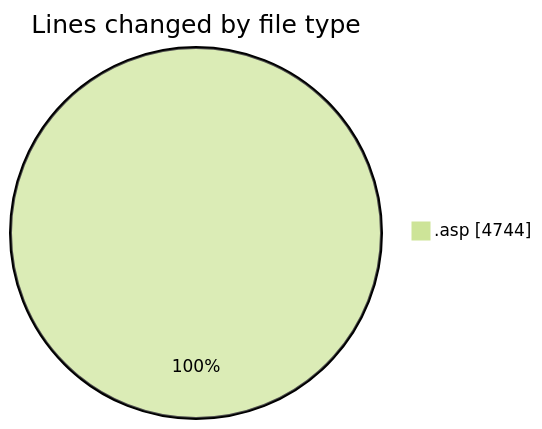
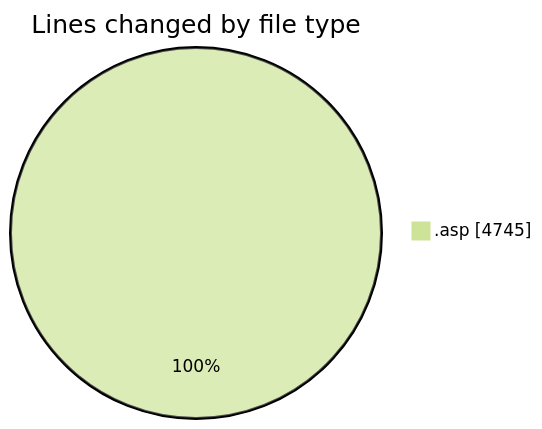
One commit to julien-gomy/code-tracking changed the first of 2 diagrams in 2025-11-15/cdp_aleoudev_fr__workspace_/README.md. Above: the diagram before and after it, drawn with Mermaid (forest theme). The commit also changed other lines of this file and 1 other file, not shown here.

````diff
--- a/2025-11-15/cdp_aleoudev_fr__workspace_/README.md
+++ b/2025-11-15/cdp_aleoudev_fr__workspace_/README.md
@@ -27,5 +27,5 @@
 ```mermaid
 pie showData
 title Lines changed by file type
-".asp" : 4744
+".asp" : 4745
 ```
````
